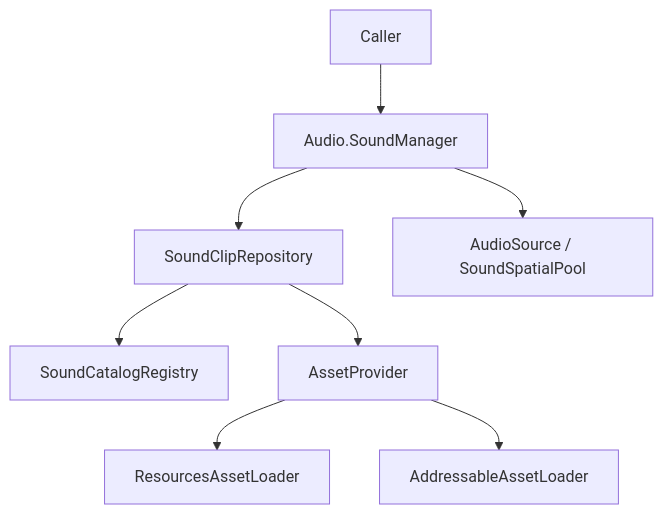
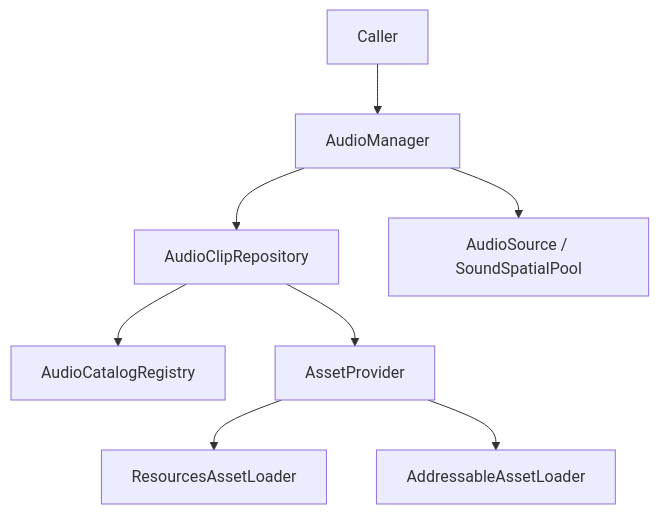
One commit to HoHong123/HCUP-Unity changed the first of 5 diagrams in HAudio/Runtime/README.md. Above: the diagram before and after it, drawn with Mermaid. The commit also changed other lines of this file, not shown here.

Commit message:
[Docs] 📝 04.08.26 update HAudio README to renamed Audio classes and Uid partial layout.

````diff
--- a/HAudio/Runtime/README.md
+++ b/HAudio/Runtime/README.md
@@ -19,10 +19,10 @@
 ```mermaid
 flowchart TD
-    A["Caller"] --> B["Audio.SoundManager"]
-    B --> C["SoundClipRepository"]
-    C --> D["SoundCatalogRegistry"]
+    A["Caller"] --> B["AudioManager"]
+    B --> C["AudioClipRepository"]
+    C --> D["AudioCatalogRegistry"]
     C --> E["AssetProvider<string, AudioClip>"]
     E --> F["ResourcesAssetLoader"]
     E --> G["AddressableAssetLoader"]
     B --> H["AudioSource / SoundSpatialPool"]
 ```
````
